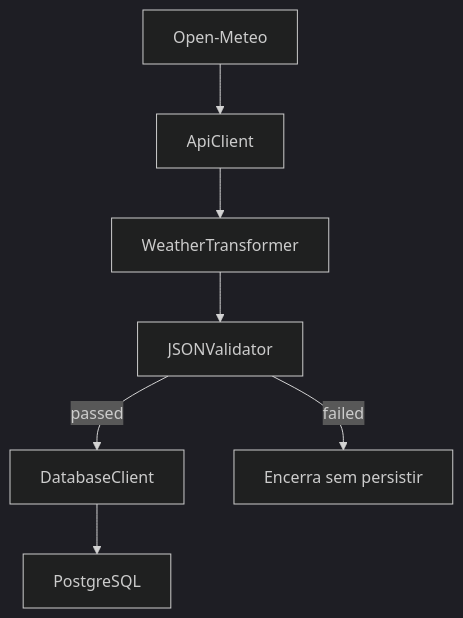
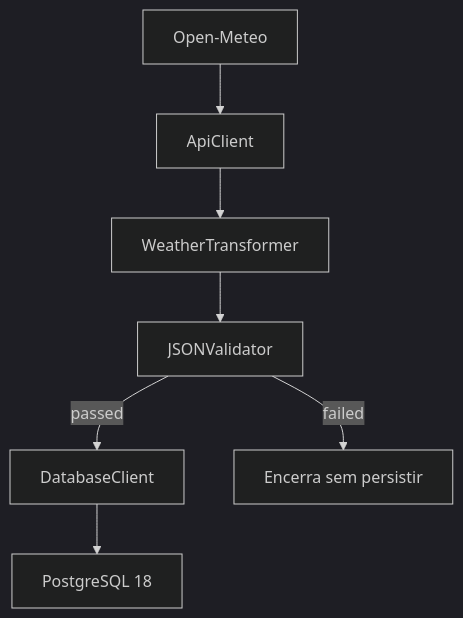
Before and after one commit to kaykyduarte/weather-data-pipeline: the first of 2 diagrams in README.md, drawn with Mermaid (dark theme). The commit also changed other lines of this file, not shown here.

````diff
--- a/README.md
+++ b/README.md
@@ -66,9 +76,9 @@
 ```mermaid
 flowchart TD
     A[Open-Meteo] --> B[ApiClient]
     B --> C[WeatherTransformer]
     C --> D[JSONValidator]
     D -->|passed| E[DatabaseClient]
-    E --> F[PostgreSQL]
+    E --> F[PostgreSQL 18]
     D -->|failed| G[Encerra sem persistir]
 ```
````
